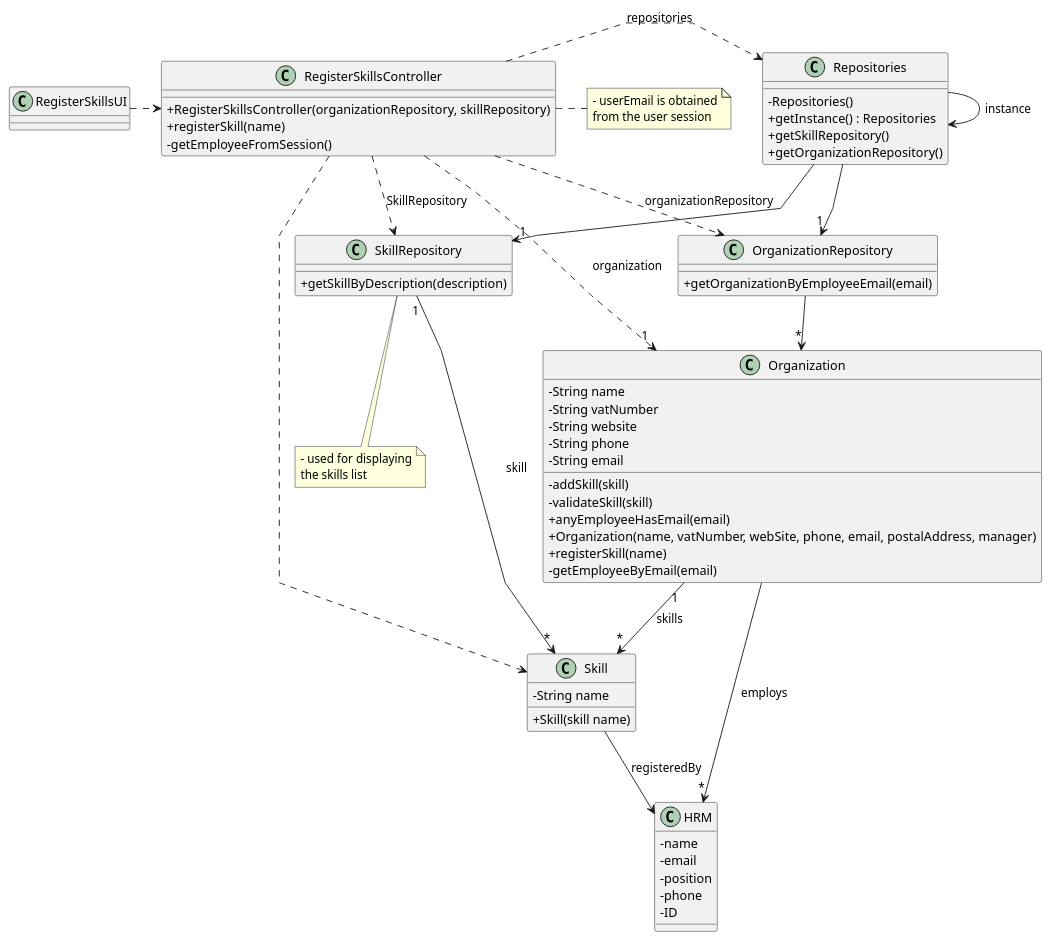
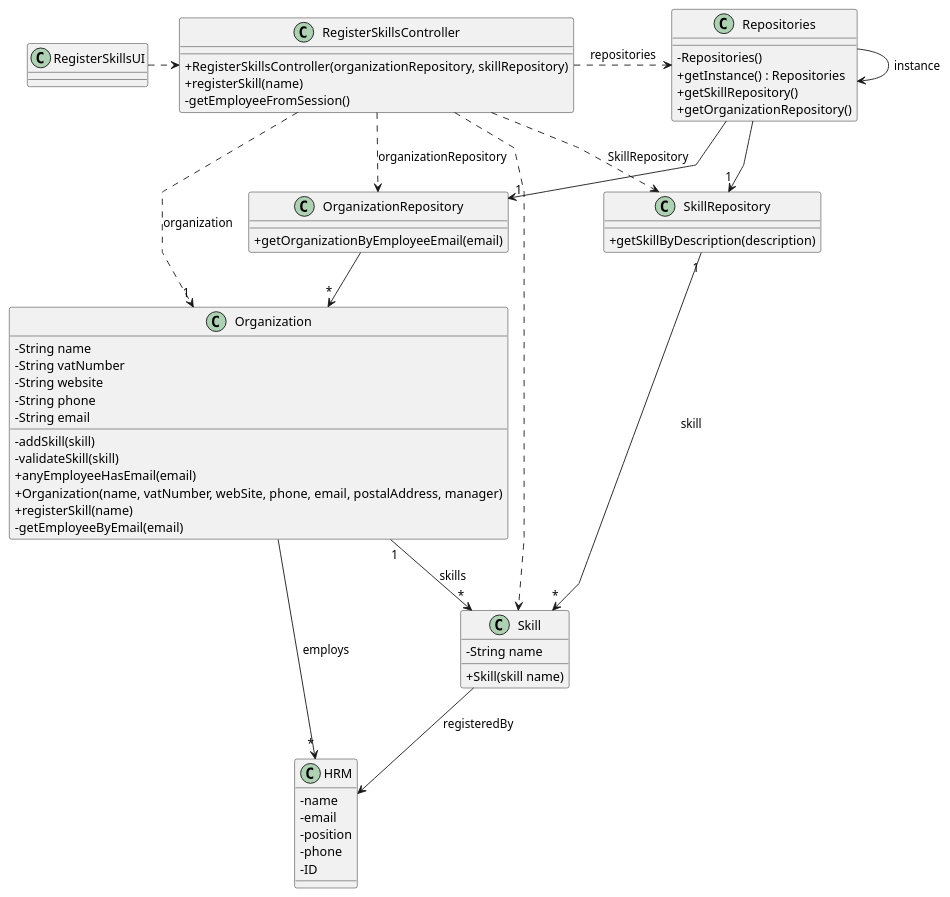
One commit to Departamento-de-Engenharia-Informatica/lei-24-s2-1dl-g121 changed the diagram in docs/sprintB/us001/03.design/puml/us001-class-diagram.puml. Above: the diagram before and after it, drawn with PlantUML.

Commit message:
Update us001 design class diagram - Salvador

```diff
--- a/docs/sprintB/us001/03.design/puml/us001-class-diagram.puml
+++ b/docs/sprintB/us001/03.design/puml/us001-class-diagram.puml
@@ -1,119 +1,119 @@
 @startuml
 'skinparam monochrome true
 skinparam packageStyle rectangle
 skinparam shadowing false
 skinparam linetype polyline
 'skinparam linetype orto
 
 skinparam classAttributeIconSize 0
 
 'left to right direction
 
 'class ApplicationSession
 '{
 '    + static getInstance()
 '    + getCurrentSession()
 '}
 '
 'class UserSession
 '{
 '    + getUserEmail()
 '}
 
 class HRM {
     - name
     - email
     - position
     - phone
     - ID
 }
 
 class Skill {
     - String name
 
     + Skill(skill name)
 }
 
 
 class Organization {
     - String name
     - String vatNumber
     - String website
     - String phone
     - String email
 
     - addSkill(skill)
     - validateSkill(skill)
     + anyEmployeeHasEmail(email)
     + Organization(name, vatNumber, webSite, phone, email, postalAddress, manager)
     + registerSkill(name)
     - getEmployeeByEmail(email)
 
 '  +saveTask(task)
 }
 
 class SkillRepository {
     + getSkillByDescription(description)
 }
 
 class OrganizationRepository {
     + getOrganizationByEmployeeEmail(email)
 }
 
 class Repositories {
     - Repositories()
     + getInstance() : Repositories
     + getSkillRepository()
     + getOrganizationRepository()
 }
 
 class RegisterSkillsController {
     + RegisterSkillsController(organizationRepository, skillRepository)
     '+ getTaskCategories()
     + registerSkill(name)
     '- getTaskCategoryByDescription(taskCategoryDescription)
     - getEmployeeFromSession()
 }
-
-note right of RegisterSkillsController
-    - userEmail is obtained
-    from the user session
-end note
-
-note bottom of SkillRepository
-    - used for displaying
-    the skills list
-end note
+'
+'note right of RegisterSkillsController
+'    - userEmail is obtained
+'    from the user session
+'end note
+'
+'note bottom of SkillRepository
+'    - used for displaying
+'    the skills list
+'end note
 
 class RegisterSkillsUI {
 }
 
 Repositories -> Repositories : instance
 'ApplicationSession -> ApplicationSession : instance
 
 RegisterSkillsUI .> RegisterSkillsController
 
 RegisterSkillsController .> Repositories : repositories
 
 Repositories -> "1" SkillRepository
 
 RegisterSkillsController ..> Skill
 RegisterSkillsController ..> OrganizationRepository : organizationRepository
 RegisterSkillsController ..> SkillRepository : SkillRepository
 
 Repositories --> "1" OrganizationRepository
 
 OrganizationRepository --> "*" Organization
 'ApplicationSession --> "1" UserSession : userSession
 
 RegisterSkillsController ..> "1" Organization : organization
 'RegisterSkillsController ..> ApplicationSession
 'RegisterSkillsController ..> UserSession
 ' Task "*" --> "1" Skill : skill
 SkillRepository "1" --> "*" Skill : skill
 Organization "1" --> "*" Skill : skills
 Skill --> HRM : registeredBy
 
 Organization --> "*" HRM : employs
 
 @enduml
```
